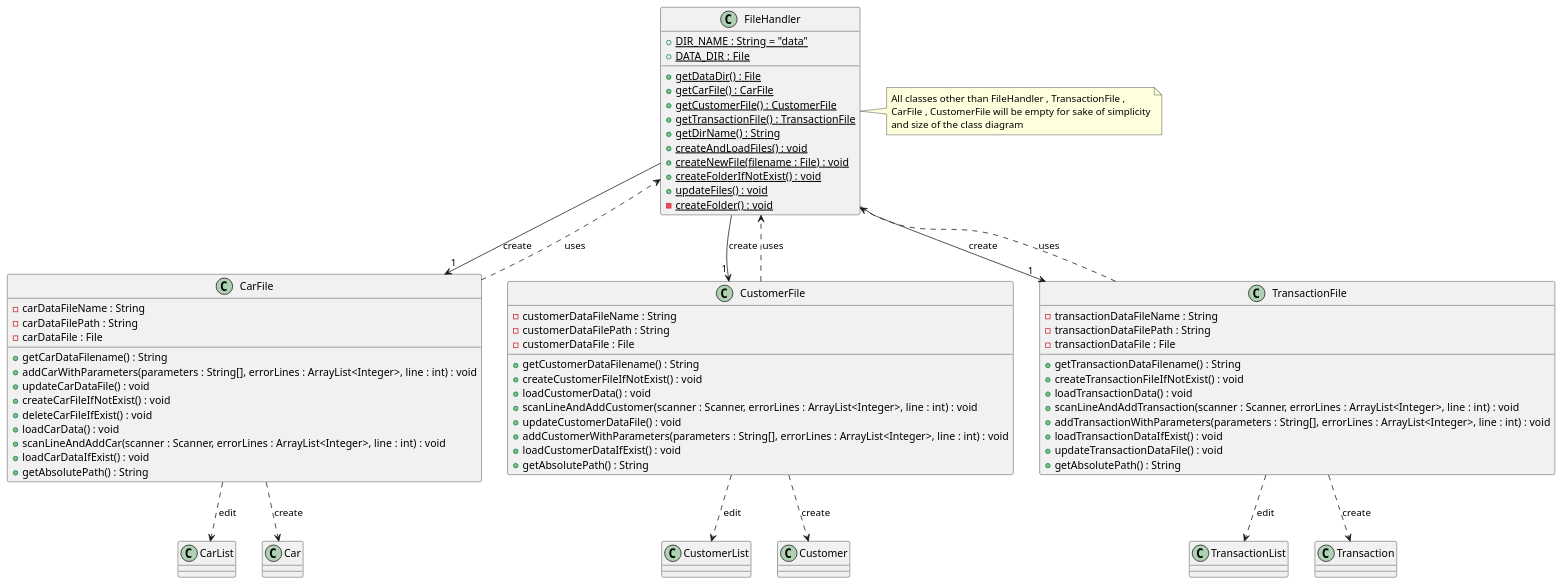
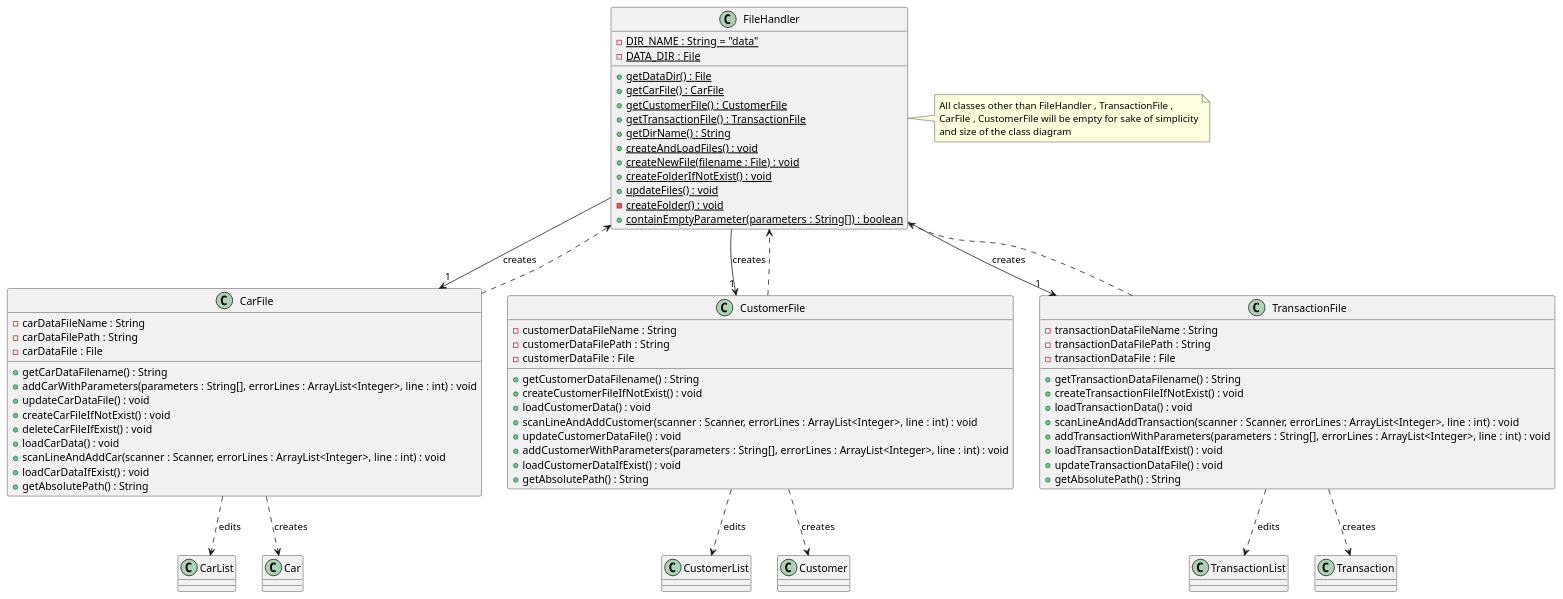
Before and after one commit to rexkoh425/tp: the diagram in docs/UML/FileHandlerClassDiagram.puml, drawn with PlantUML. The commit also changed 6 other files, not shown here.

Commit message:
Update diagrams

```diff
--- a/docs/UML/FileHandlerClassDiagram.puml
+++ b/docs/UML/FileHandlerClassDiagram.puml
@@ -1,83 +1,84 @@
 @startuml
 'https://plantuml.com/class-diagram
 
 class FileHandler {
-    {field}{static} +DIR_NAME : String = "data"
-    {field}{static} +DATA_DIR : File
+    {field}{static} -DIR_NAME : String = "data"
+    {field}{static} -DATA_DIR : File
     {method}{static} +getDataDir() : File
     {method}{static} +getCarFile() : CarFile
     {method}{static} +getCustomerFile() : CustomerFile
     {method}{static} +getTransactionFile() : TransactionFile
     {method}{static} +getDirName() : String
     {method}{static} +createAndLoadFiles() : void
     {method}{static} +createNewFile(filename : File) : void
     {method}{static} +createFolderIfNotExist() : void
     {method}{static} +updateFiles() : void
     {method}{static} -createFolder() : void
+    {method}{static} +containEmptyParameter(parameters : String[]) : boolean
 }
 
 class CarFile {
     {field}  -carDataFileName : String
     {field}  -carDataFilePath : String
     {field}  -carDataFile : File
     {method} +getCarDataFilename() : String
     {method} +addCarWithParameters(parameters : String[], errorLines : ArrayList<Integer>, line : int) : void
     {method} +updateCarDataFile() : void
     {method} +createCarFileIfNotExist() : void
     {method} +deleteCarFileIfExist() : void
     {method} +loadCarData() : void
     {method} +scanLineAndAddCar(scanner : Scanner, errorLines : ArrayList<Integer>, line : int) : void
     {method} +loadCarDataIfExist() : void
     {method} +getAbsolutePath() : String
 }
 
 class CustomerFile {
     {field}  -customerDataFileName : String
     {field}  -customerDataFilePath : String
     {field}  -customerDataFile : File
     {method} +getCustomerDataFilename() : String
     {method} +createCustomerFileIfNotExist() : void
     {method} +loadCustomerData() : void
     {method} +scanLineAndAddCustomer(scanner : Scanner, errorLines : ArrayList<Integer>, line : int) : void
     {method} +updateCustomerDataFile() : void
     {method} +addCustomerWithParameters(parameters : String[], errorLines : ArrayList<Integer>, line : int) : void
     {method} +loadCustomerDataIfExist() : void
     {method} +getAbsolutePath() : String
 }
 
 class TransactionFile {
     {field}  -transactionDataFileName : String
     {field}  -transactionDataFilePath : String
     {field}  -transactionDataFile : File
     {method} +getTransactionDataFilename() : String
     {method} +createTransactionFileIfNotExist() : void
     {method} +loadTransactionData() : void
     {method} +scanLineAndAddTransaction(scanner : Scanner, errorLines : ArrayList<Integer>, line : int) : void
     {method} +addTransactionWithParameters(parameters : String[], errorLines : ArrayList<Integer>, line : int) : void
     {method} +loadTransactionDataIfExist() : void
     {method} +updateTransactionDataFile() : void
     {method} +getAbsolutePath() : String
 }
 
-FileHandler --> "1" CarFile : "create"
-FileHandler --> "1" CustomerFile : "create"
-FileHandler --> "1" TransactionFile : "create"
+FileHandler --> "1" CarFile : "creates"
+FileHandler --> "1" CustomerFile : "creates"
+FileHandler --> "1" TransactionFile : "creates"
 
-CarFile ..> CarList : "edit"
-CarFile ..> Car : "create"
-CarFile ..> FileHandler : "uses"
+CarFile ..> CarList : "edits"
+CarFile ..> Car : "creates"
+CarFile ..> FileHandler
 
-CustomerFile ..> CustomerList : "edit"
-CustomerFile ..> FileHandler : "uses"
-CustomerFile ..> Customer : "create"
+CustomerFile ..> CustomerList : "edits"
+CustomerFile ..> FileHandler
+CustomerFile ..> Customer : "creates"
 
-TransactionFile ..> TransactionList : "edit"
-TransactionFile ..> Transaction : "create"
-TransactionFile ..> FileHandler : "uses"
+TransactionFile ..> TransactionList : "edits"
+TransactionFile ..> Transaction : "creates"
+TransactionFile ..> FileHandler
 
 note right of FileHandler
     All classes other than FileHandler , TransactionFile ,
     CarFile , CustomerFile will be empty for sake of simplicity
     and size of the class diagram
 end note
 @enduml
```
